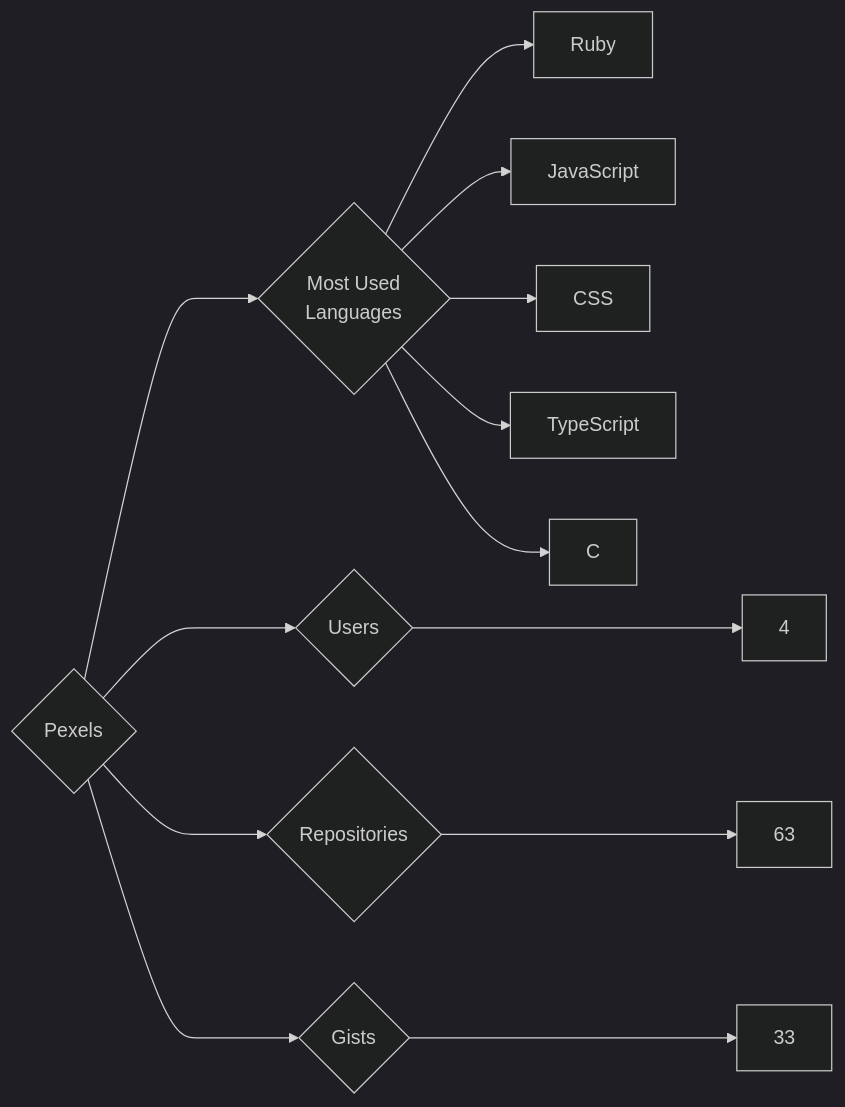
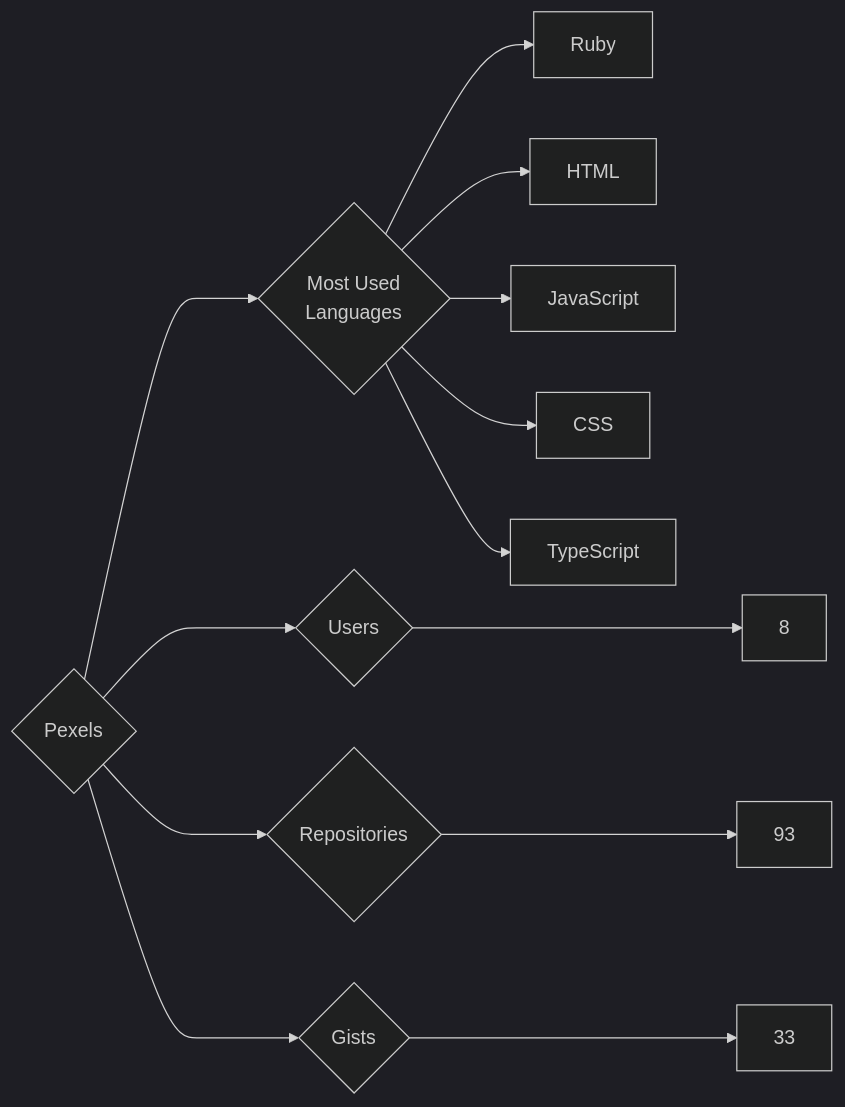
Before and after one commit to trickest/insiders: the diagram in targets/Pexels/README.md, drawn with Mermaid (dark theme). The commit also changed 871 other files, not shown here.

````diff
--- a/targets/Pexels/README.md
+++ b/targets/Pexels/README.md
@@ -3,13 +3,13 @@
 ```mermaid
 graph LR
 COMPANY_NAME{Pexels}
-COMPANY_NAME ---> U{Users} ---> UN[4]
-COMPANY_NAME ---> R{Repositories} ---> RN[63]
+COMPANY_NAME ---> U{Users} ---> UN[8]
+COMPANY_NAME ---> R{Repositories} ---> RN[93]
 COMPANY_NAME ---> G{Gists} ---> GN[33]
 COMPANY_NAME ---> ML{Most Used<br>Languages}
 ML --> Ruby[Ruby]
+ML --> HTML[HTML]
 ML --> JavaScript[JavaScript]
 ML --> CSS[CSS]
 ML --> TypeScript[TypeScript]
-ML --> C[C]
 ```
````
